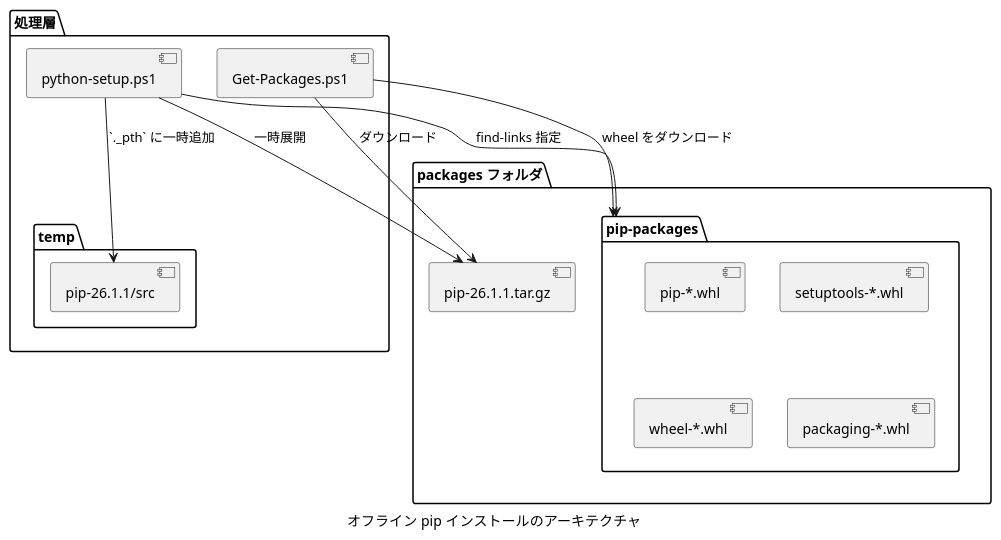
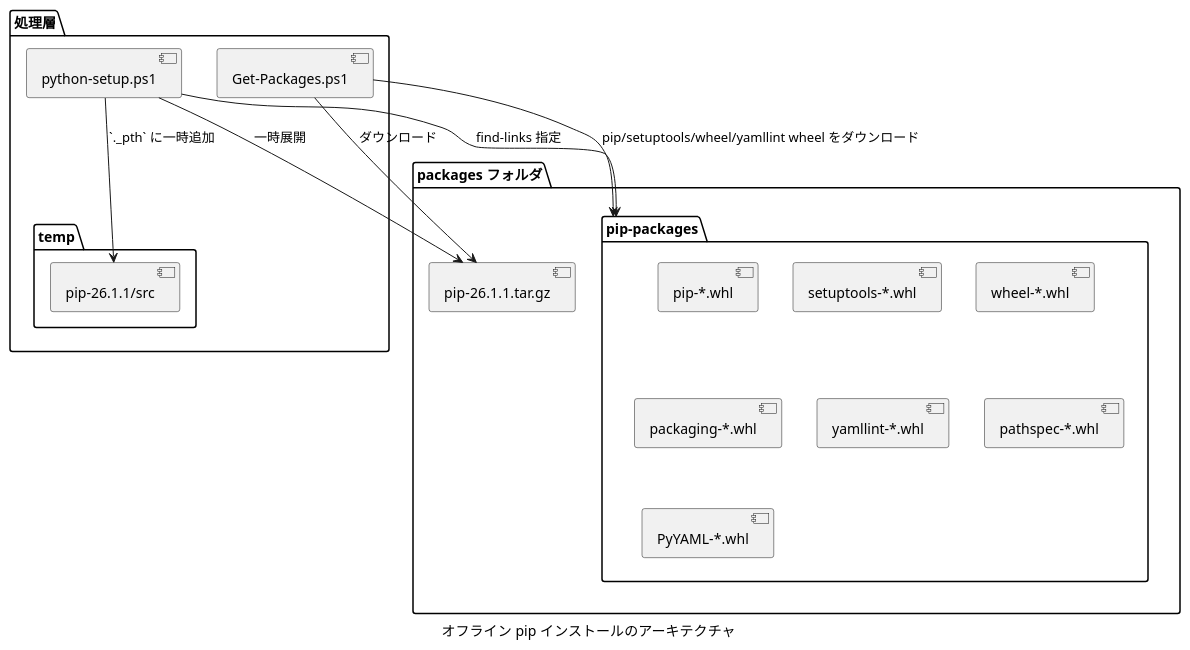
One commit to Hondarer/devbin-win changed the first of 4 diagrams in docs/offline-pip-design.md. Above: the diagram before and after it, drawn with PlantUML. The commit also changed other lines of this file and 7 other files, not shown here.

````diff
--- a/docs/offline-pip-design.md
+++ b/docs/offline-pip-design.md
@@ -18,28 +18,31 @@
 ```plantuml
 @startuml オフライン pip インストールのアーキテクチャ
 caption オフライン pip インストールのアーキテクチャ
 package "packages フォルダ" {
   [pip-26.1.1.tar.gz]
   folder "pip-packages" {
     [pip-*.whl]
     [setuptools-*.whl]
     [wheel-*.whl]
     [packaging-*.whl]
+    [yamllint-*.whl]
+    [pathspec-*.whl]
+    [PyYAML-*.whl]
   }
 }
 
 package "処理層" {
   [Get-Packages.ps1] as getpkg
   [python-setup.ps1] as pysetup
   folder "temp" {
     [pip-26.1.1/src]
   }
 }
 
 getpkg --> [pip-26.1.1.tar.gz] : ダウンロード
-getpkg --> [pip-packages] : wheel をダウンロード
+getpkg --> [pip-packages] : pip/setuptools/wheel/yamllint wheel をダウンロード
 pysetup --> [pip-26.1.1.tar.gz] : 一時展開
 pysetup --> [pip-26.1.1/src] : `._pth` に一時追加
 pysetup --> [pip-packages] : find-links 指定
 @enduml
 ```
````
